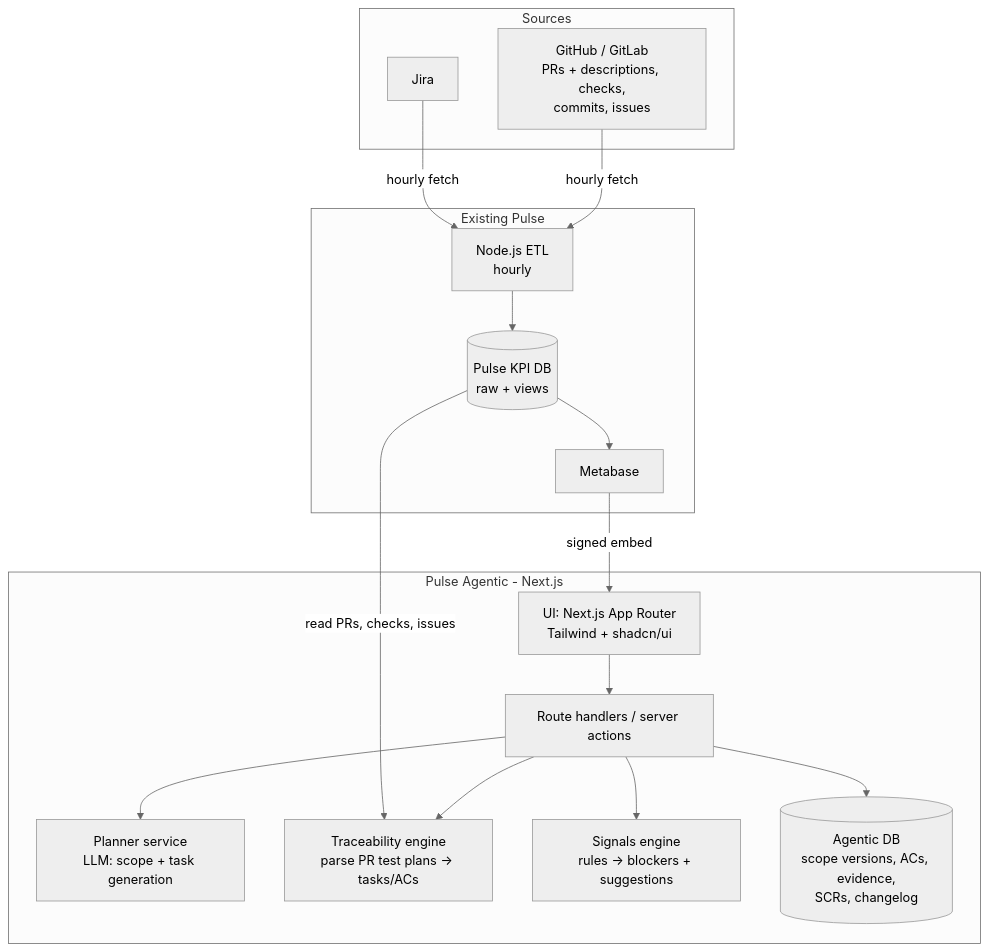
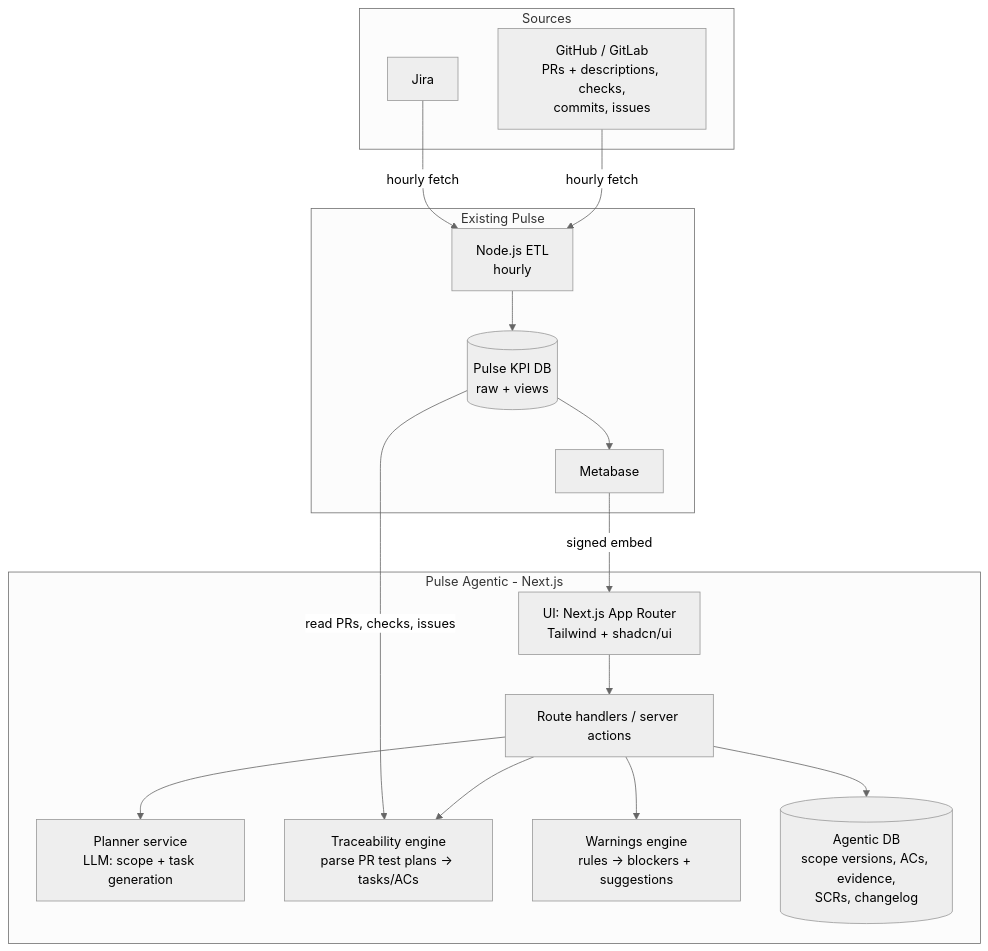
The third of 3 diagrams in README.md (duyenle-avenga/pulse-agentic), drawn with Mermaid (neutral theme) before and after one commit. The commit also changed other lines of this file and 3 other files, not shown here.

````diff
--- a/README.md
+++ b/README.md
@@ -240,33 +240,33 @@
 ```mermaid
 flowchart TB
     subgraph Sources
         GH[GitHub / GitLab<br/>PRs + descriptions, checks,<br/>commits, issues]
         JR[Jira]
     end
 
     subgraph Existing Pulse
         ETL[Node.js ETL<br/>hourly]
         DB1[(Pulse KPI DB<br/>raw + views)]
         MB[Metabase]
         ETL --> DB1 --> MB
     end
 
     subgraph Pulse Agentic - Next.js
         UI[UI: Next.js App Router<br/>Tailwind + shadcn/ui]
         API[Route handlers / server actions]
         PLAN[Planner service<br/>LLM: scope + task generation]
         TRACE[Traceability engine<br/>parse PR test plans → tasks/ACs]
-        SIG[Signals engine<br/>rules → blockers + suggestions]
+        WRN[Warnings engine<br/>rules → blockers + suggestions]
         DB2[(Agentic DB<br/>scope versions, ACs, evidence,<br/>SCRs, changelog)]
         UI --> API
         API --> PLAN
         API --> TRACE
-        API --> SIG
+        API --> WRN
         API --> DB2
     end
 
     GH -- hourly fetch --> ETL
     JR -- hourly fetch --> ETL
     DB1 -- read PRs, checks, issues --> TRACE
     MB -- signed embed --> UI
 ```
````
